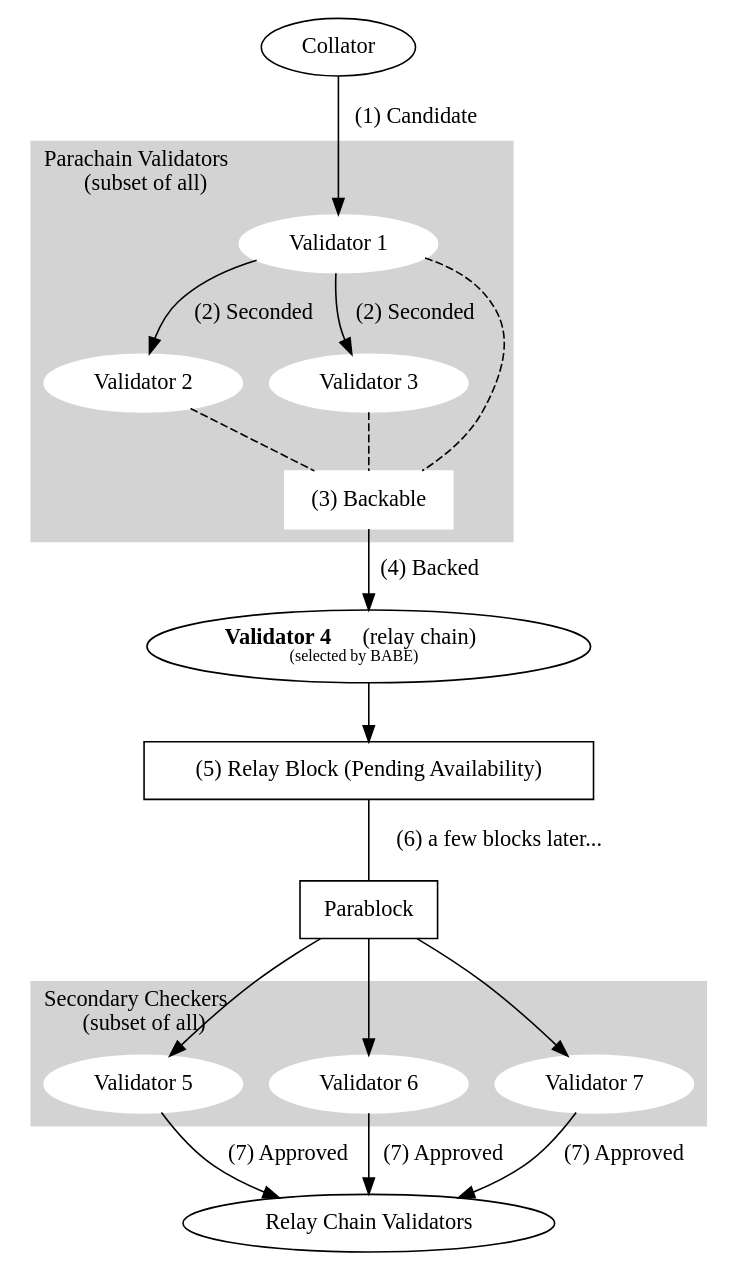
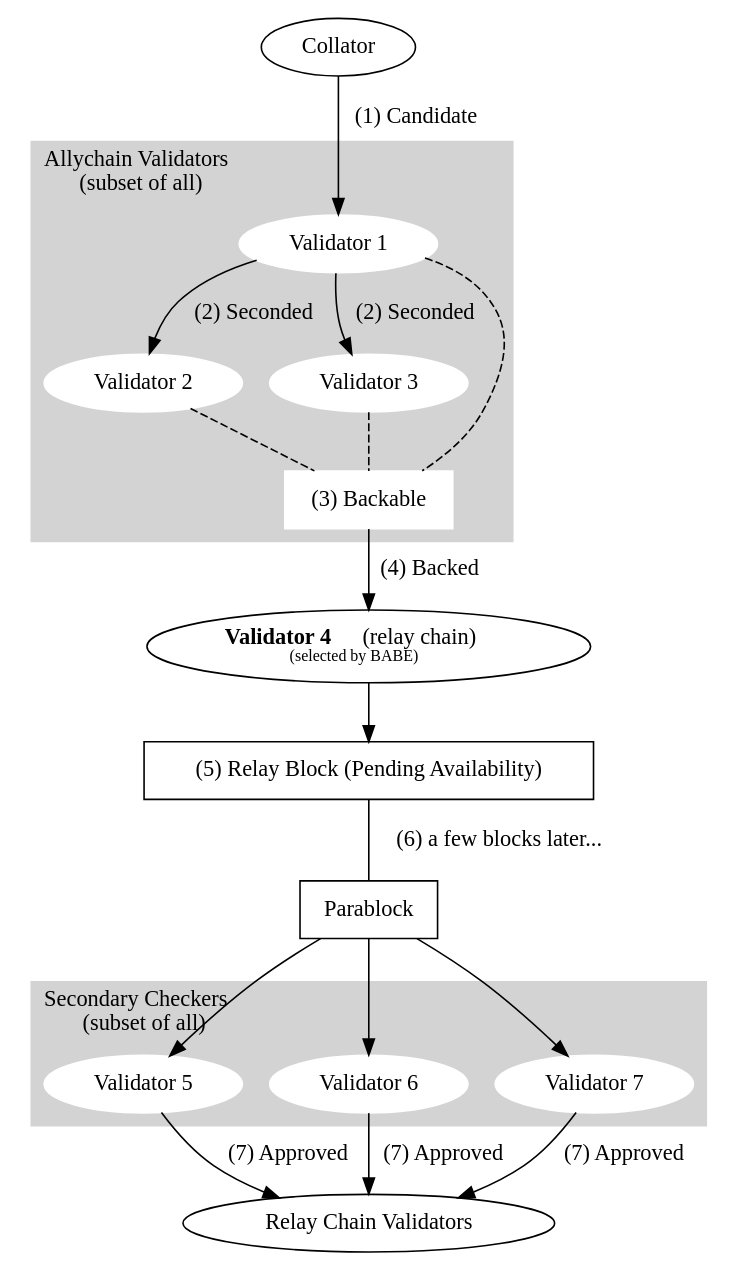
Before and after one commit to AXIA-DEV/axia: the first of 3 diagrams in roadmap/implementers-guide/src/protocol-overview.md, drawn with Graphviz. The commit also changed other lines of this file and 709 other files, not shown here.

````diff
--- a/roadmap/implementers-guide/src/protocol-overview.md
+++ b/roadmap/implementers-guide/src/protocol-overview.md
@@ -61,69 +61,69 @@
 ```dot process Inclusion Pipeline
 digraph {
 	subgraph cluster_vg {
 		label=<
-			Parachain Validators
+			Allychain Validators
 			<br/>
 			(subset of all)
 		>
 		labeljust=l
 		style=filled
 		color=lightgrey
 		node [style=filled color=white]
 
 		v1 [label="Validator 1"]
 		v2 [label="Validator 2"]
 		v3 [label="Validator 3"]
 
 		b [label="(3) Backable", shape=box]
 
 		v1 -> v2 [label="(2) Seconded"]
 		v1 -> v3 [label="(2) Seconded"]
 
 		v2 -> b [style=dashed arrowhead=none]
 		v3 -> b [style=dashed arrowhead=none]
 		v1 -> b [style=dashed arrowhead=none]
 	}
 
 	v4 [label=<
 		<b>Validator 4</b> (relay chain)
 		<br/>
 		<font point-size="10">
 			(selected by BABE)
 		</font>
 	>]
 
 	col [label="Collator"]
 	pa [label="(5) Relay Block (Pending Availability)", shape=box]
 	pb [label="Parablock", shape=box]
 	rc [label="Relay Chain Validators"]
 
 	subgraph cluster_approval {
 		label=<
 			Secondary Checkers
 			<br/>
 			(subset of all)
 		>
 		labeljust=l
 		style=filled
 		color=lightgrey
 		node [style=filled color=white]
 
 		a5 [label="Validator 5"]
 		a6 [label="Validator 6"]
 		a7 [label="Validator 7"]
 	}
 
 	b -> v4 [label="(4) Backed"]
 	col -> v1 [label="(1) Candidate"]
 	v4 -> pa
 	pa -> pb [label="(6) a few blocks later..." arrowhead=none]
 	pb -> a5
 	pb -> a6
 	pb -> a7
 
 	a5 -> rc [label="(7) Approved"]
 	a6 -> rc [label="(7) Approved"]
 	a7 -> rc [label="(7) Approved"]
 }
 ```
````
